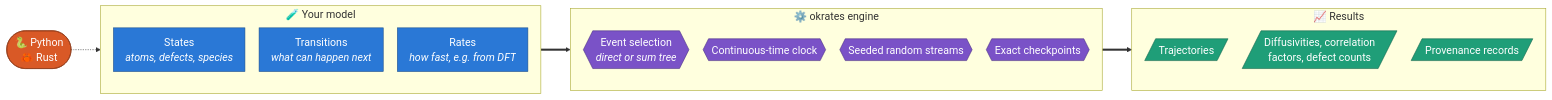
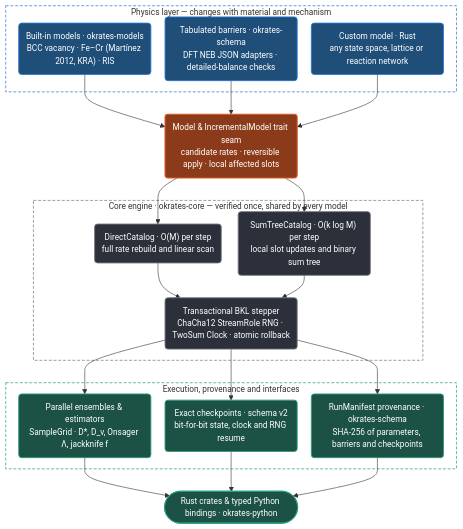
One commit to vzordillo/okrates changed the first of 2 diagrams in README.md. Above: the diagram before and after it, drawn with Mermaid. The commit also changed other lines of this file and 2 other files, not shown here.

Commit message:
Redesign README Mermaid diagrams and fix fecr_martinez_comparison follow-ups (#12) (#13)
Replace the README Design and How a step works Mermaid diagrams with top-to-bottom layouts styled to match the repository figures in both light and dark themes.

Clarify the distinction between the all-atom correlation factor f and the Fe tracer factor f_kmc = N * D*_Fe / Gamma0 in README.md and examples/python/fecr_martinez_comparison.py, and avoid ZeroDivisionError in ratio/ratio_se when D*_Cr or D*_Fe is zero (with an e2e test in python/tests/test_examples.py).

````diff
--- a/README.md
+++ b/README.md
@@ -39,33 +39,45 @@
 ```mermaid
-%%{init: {"themeVariables": {"fontSize": "18px"}, "flowchart": {"nodeSpacing": 24, "rankSpacing": 50, "padding": 10}}}%%
-flowchart LR
-    lang(["🐍 Python<br>🦀 Rust"])
-    subgraph model["🧪 Your model"]
-        direction TB
-        states["States<br><i>atoms, defects, species</i>"]
-        moves["Transitions<br><i>what can happen next</i>"]
-        rates["Rates<br><i>how fast, e.g. from DFT</i>"]
+%%{init: {"flowchart": {"nodeSpacing": 24, "rankSpacing": 38, "padding": 12, "curve": "basis"}, "themeVariables": {"fontSize": "14px"}}}%%
+flowchart TB
+    subgraph phys["Physics layer — changes with material and mechanism"]
+        builtin("Built-in models · okrates-models<br/>BCC vacancy · Fe–Cr (Martínez 2012, KRA) · RIS")
+        tables("Tabulated barriers · okrates-schema<br/>DFT NEB JSON adapters · detailed-balance checks")
+        custom("Custom model · Rust<br/>any state space, lattice or reaction network")
     end
-    subgraph engine["⚙️ okrates engine"]
-        direction TB
-        pick{{"Event selection<br><i>direct or sum tree</i>"}}
-        clock{{"Continuous-time clock"}}
-        rng{{"Seeded random streams"}}
-        ckpt{{"Exact checkpoints"}}
+
+    seam("Model & IncrementalModel trait seam<br/>candidate rates · reversible apply · local affected slots")
+
+    subgraph core["Core engine · okrates-core — verified once, shared by every model"]
+        direct("DirectCatalog · O(M) per step<br/>full rate rebuild and linear scan")
+        sumtree("SumTreeCatalog · O(k log M) per step<br/>local slot updates and binary sum tree")
+        engine("Transactional BKL stepper<br/>ChaCha12 StreamRole RNG · TwoSum Clock · atomic rollback")
     end
-    subgraph out["📈 Results"]
-        direction TB
-        traj[/"Trajectories"/]
-        transport[/"Diffusivities, correlation<br>factors, defect counts"/]
-        prov[/"Provenance records"/]
+
+    subgraph out["Execution, provenance and interfaces"]
+        ens("Parallel ensembles & estimators<br/>SampleGrid · D*, D_v, Onsager Λ, jackknife f")
+        ckpt("Exact checkpoints · schema v2<br/>bit-for-bit state, clock and RNG resume")
+        prov("RunManifest provenance · okrates-schema<br/>SHA-256 of parameters, barriers and checkpoints")
     end
-    lang -.-> model ==> engine ==> out
-    classDef lang fill:#d95926,stroke:#8f3a18,color:#ffffff
-    classDef model fill:#2a78d6,stroke:#1b4f8f,color:#ffffff
-    classDef engine fill:#7a52c7,stroke:#4d3285,color:#ffffff
-    classDef result fill:#1f9e78,stroke:#13664d,color:#ffffff
-    class lang lang
-    class states,moves,rates model
-    class pick,clock,rng,ckpt engine
-    class traj,transport,prov result
+
+    api(["Rust crates & typed Python bindings · okrates-python"])
+
+    builtin & tables & custom --> seam
+    seam --> direct & sumtree
+    direct & sumtree --> engine
+    engine --> ens & ckpt & prov
+    ens & ckpt & prov --> api
+
+    classDef physNode fill:#1f4e79,stroke:#2a78d6,stroke-width:1.5px,color:#ffffff
+    classDef seamNode fill:#8c3b1a,stroke:#d95926,stroke-width:1.8px,color:#ffffff
+    classDef coreNode fill:#2b303b,stroke:#787880,stroke-width:1.5px,color:#ffffff
+    classDef outNode fill:#1b5245,stroke:#2a9d7c,stroke-width:1.5px,color:#ffffff
+
+    class builtin,tables,custom physNode
+    class seam seamNode
+    class direct,sumtree,engine coreNode
+    class ens,ckpt,prov,api outNode
+
+    style phys fill:none,stroke:#2a78d6,stroke-width:1.2px,stroke-dasharray: 5 3
+    style core fill:none,stroke:#787880,stroke-width:1.2px,stroke-dasharray: 5 3
+    style out fill:none,stroke:#2a9d7c,stroke-width:1.2px,stroke-dasharray: 5 3
 ```
````
